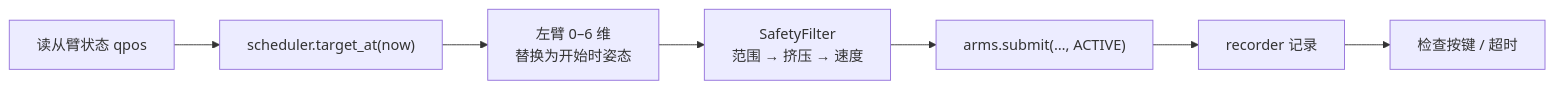
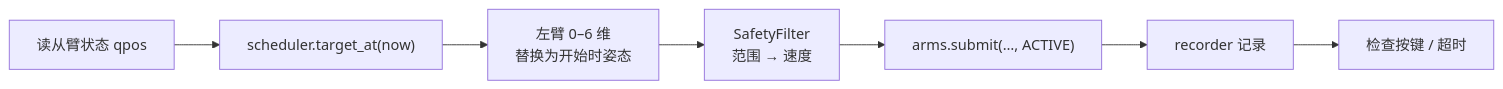
The third of 5 diagrams in docs/02_architecture.md (FuFutheBest/yam_infer), drawn with Mermaid before and after one commit. The commit also changed other lines of this file and 7 other files, not shown here.

````diff
--- a/docs/02_architecture.md
+++ b/docs/02_architecture.md
@@ -113,9 +113,9 @@
 ```mermaid
 flowchart LR
     A["读从臂状态 qpos"] --> B["scheduler.target_at(now)"]
     B --> C["左臂 0–6 维<br/>替换为开始时姿态"]
-    C --> D["SafetyFilter<br/>范围 → 挤压 → 速度"]
+    C --> D["SafetyFilter<br/>范围 → 速度"]
     D --> E["arms.submit(…, ACTIVE)"]
     E --> F["recorder 记录"]
     F --> G["检查按键 / 超时"]
 ```
````
